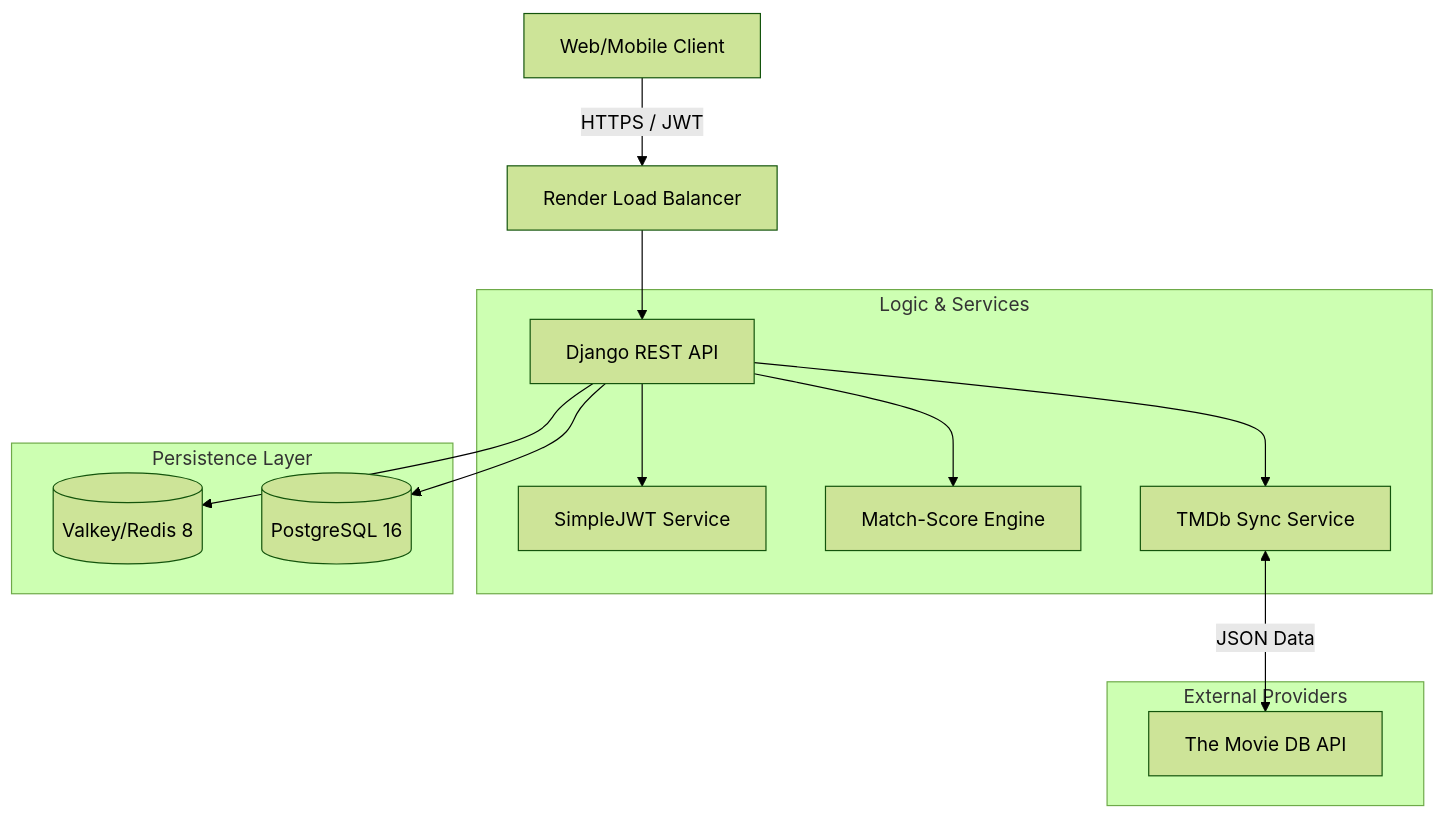
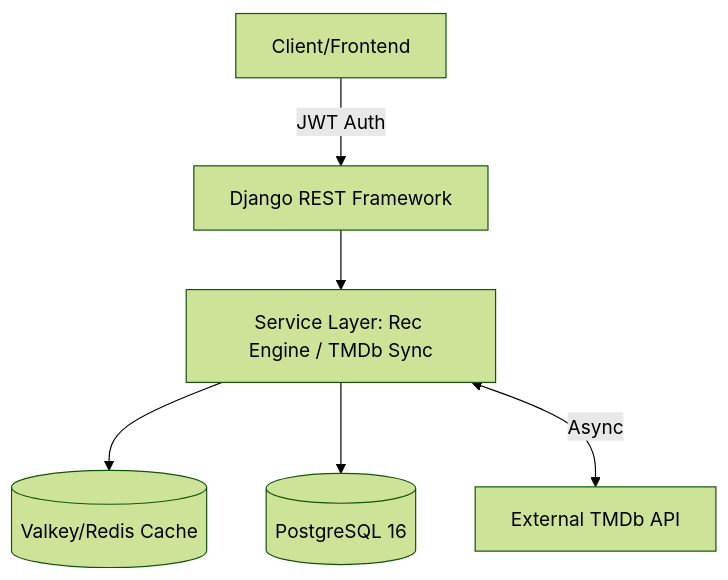
One commit to BillyMwangiDev/alx-project-nexus changed the diagram in README.md. Above: the diagram before and after it, drawn with Mermaid (forest theme). The commit also changed other lines of this file, not shown here.

````diff
--- a/README.md
+++ b/README.md
@@ -22,21 +13,9 @@
 ```mermaid
 graph TD
-    Client[Web/Mobile Client] -->|HTTPS / JWT| LB[Render Load Balancer]
-    LB --> App[Django REST API]
-    
-    subgraph "Logic & Services"
-        App --> Auth[SimpleJWT Service]
-        App --> Rec[Match-Score Engine]
-        App --> Sync[TMDb Sync Service]
-    end
-    
-    subgraph "Persistence Layer"
-        App --> Redis[(Valkey/Redis 8)]
-        App --> DB[(PostgreSQL 16)]
-    end
-    
-    subgraph "External Providers"
-        Sync <-->|JSON Data| TMDB[The Movie DB API]
-    end
+    Client[Client/Frontend] -->|JWT Auth| App[Django REST Framework]
+    App --> Services[Service Layer: Rec Engine / TMDb Sync]
+    Services --> Cache[(Valkey/Redis Cache)]
+    Services --> DB[(PostgreSQL 16)]
+    Services <-->|Async| TMDB_API[External TMDb API]
 
 ```
````
